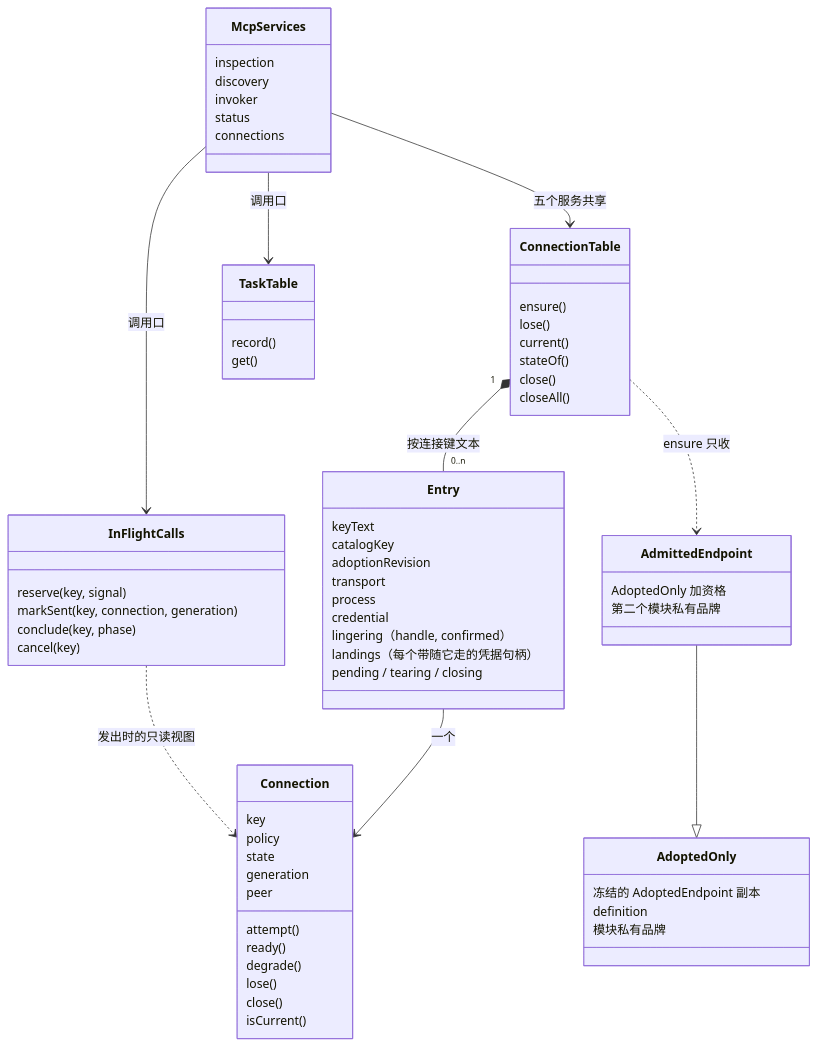
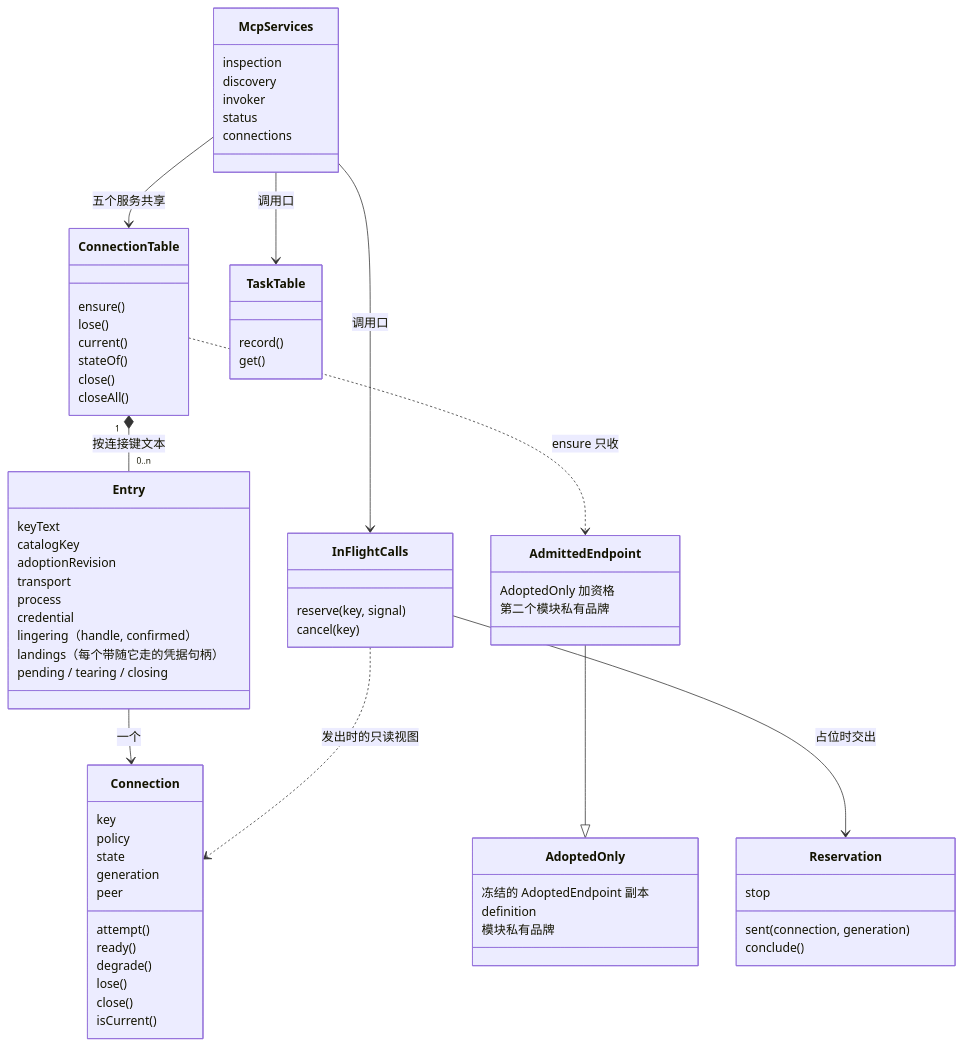
Before and after one commit to nemori-ai/omne-harness-lite: the diagram in packages/mcp/mcp/docs/object-model.md, drawn with Mermaid. The commit also changed other lines of this file and 7 other files, not shown here.

````diff
--- a/packages/mcp/mcp/docs/object-model.md
+++ b/packages/mcp/mcp/docs/object-model.md
@@ -7,69 +7,73 @@
 ```mermaid
 classDiagram
     class McpServices {
         inspection
         discovery
         invoker
         status
         connections
     }
     class ConnectionTable {
         ensure()
         lose()
         current()
         stateOf()
         close()
         closeAll()
     }
     class Entry {
         keyText
         catalogKey
         adoptionRevision
         transport
         process
         credential
         lingering（handle, confirmed）
         landings（每个带随它走的凭据句柄）
         pending / tearing / closing
     }
     class Connection {
         key
         policy
         state
         generation
         peer
         attempt()
         ready()
         degrade()
         lose()
         close()
         isCurrent()
     }
     class InFlightCalls {
         reserve(key, signal)
-        markSent(key, connection, generation)
-        conclude(key, phase)
         cancel(key)
     }
+    class Reservation {
+        stop
+        sent(connection, generation)
+        conclude()
+    }
+    InFlightCalls --> Reservation : 占位时交出
     class TaskTable {
         record()
         get()
     }
     class AdoptedOnly {
         冻结的 AdoptedEndpoint 副本
         definition
         模块私有品牌
     }
     class AdmittedEndpoint {
         AdoptedOnly 加资格
         第二个模块私有品牌
     }
     AdmittedEndpoint --|> AdoptedOnly
     McpServices --> ConnectionTable : 五个服务共享
     McpServices --> InFlightCalls : 调用口
     McpServices --> TaskTable : 调用口
     ConnectionTable "1" *-- "0..n" Entry : 按连接键文本
     Entry --> Connection : 一个
     ConnectionTable ..> AdmittedEndpoint : ensure 只收
     InFlightCalls ..> Connection : 发出时的只读视图
 ```
````
